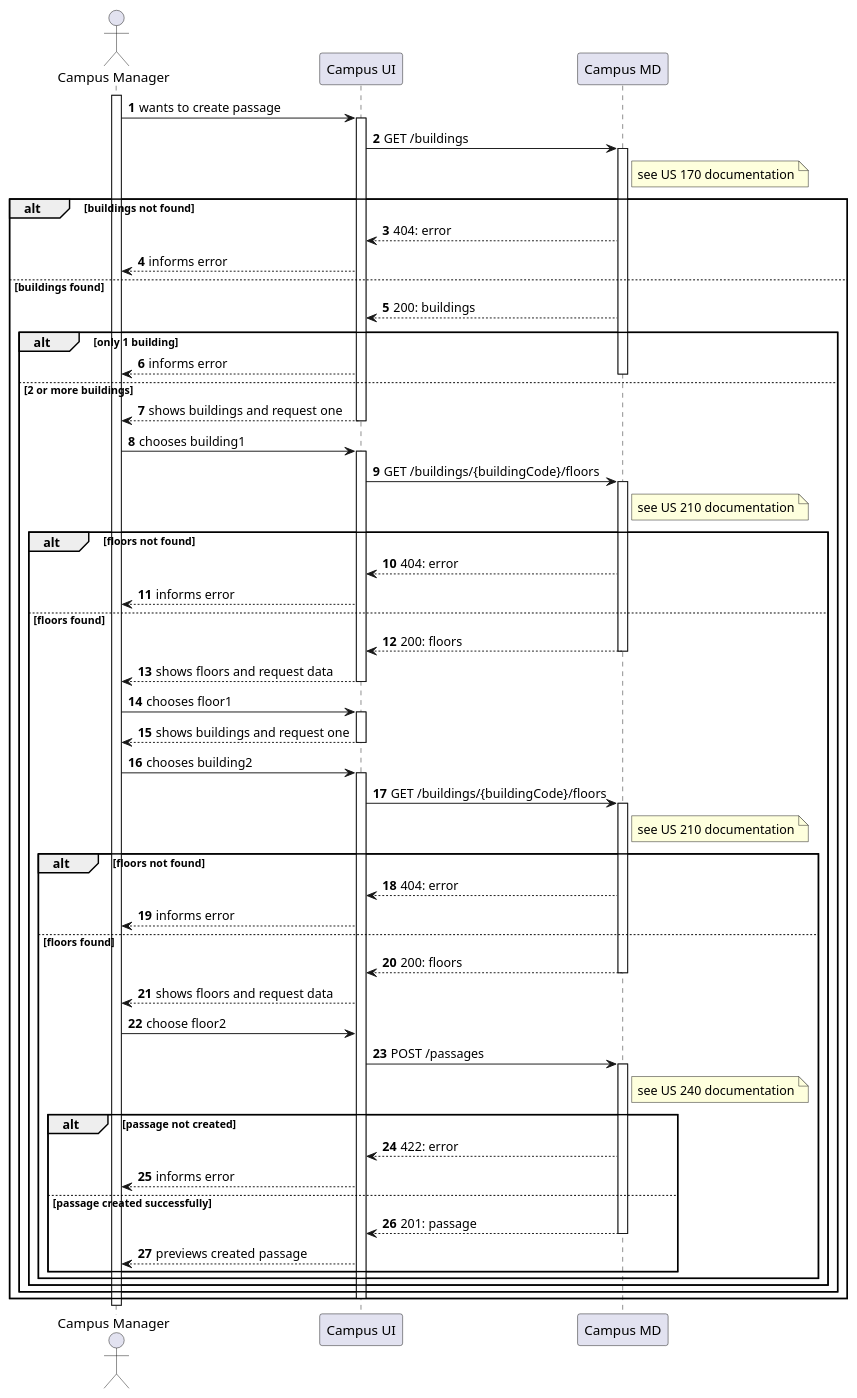
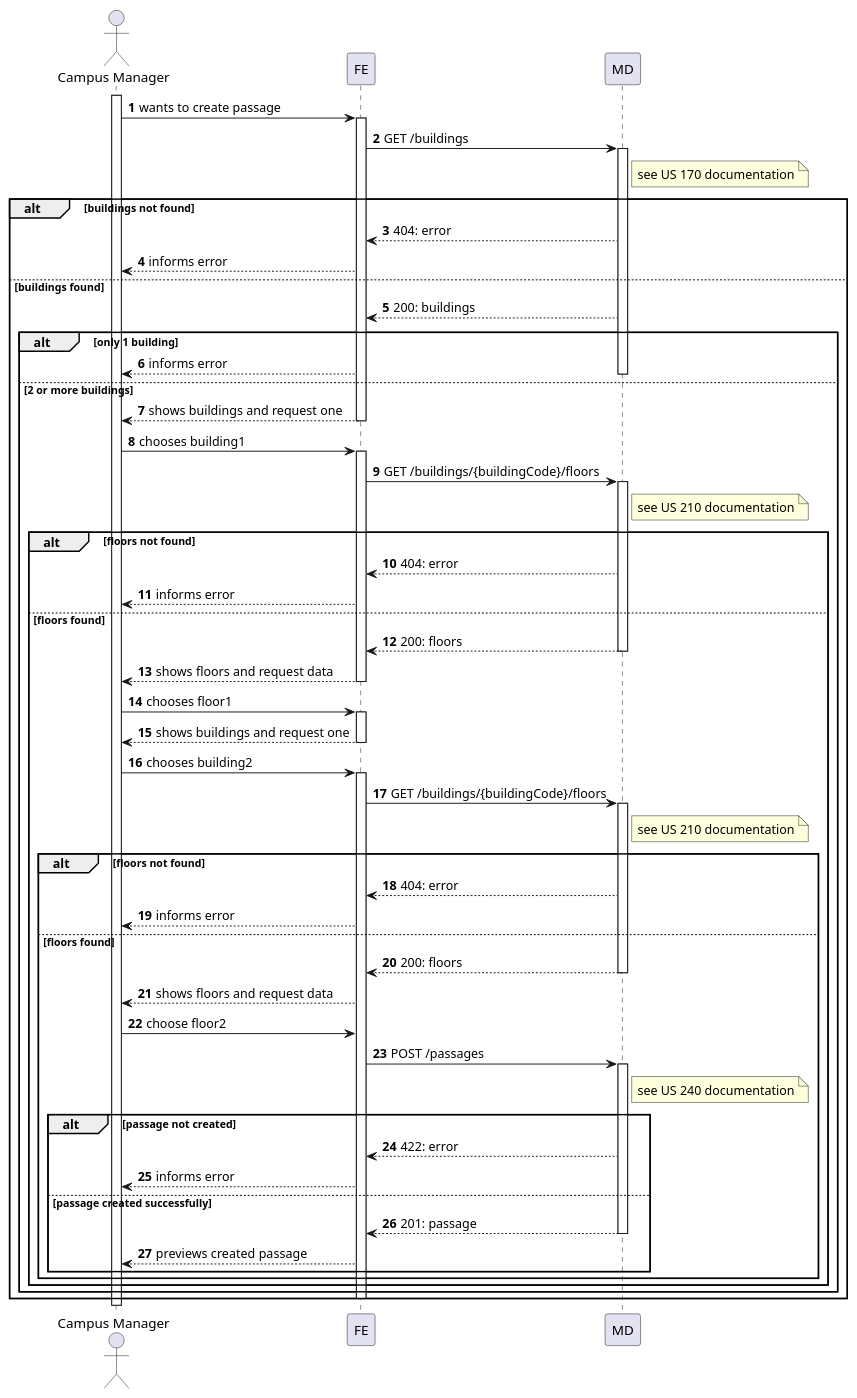
One commit to Departamento-de-Engenharia-Informatica/lapr5-23-24-g19 changed the diagram in docs/us1170/level2/process-view.puml. Above: the diagram before and after it, drawn with PlantUML. The commit also changed 17 other files, not shown here.

```diff
--- a/docs/us1170/level2/process-view.puml
+++ b/docs/us1170/level2/process-view.puml
@@ -1,85 +1,85 @@
 @startuml
 autonumber
 
 actor "Campus Manager" as usr
 
-participant "Campus UI" as ui
-participant "Campus MD" as md
+participant "FE" as ui
+participant "MD" as md
 
 activate usr
     usr -> ui : wants to create passage
     activate ui
         ui -> md : GET /buildings
         activate md
             note right of md : see US 170 documentation
 
         alt buildings not found
             md --> ui: 404: error
             ui --> usr: informs error
         else buildings found
             md --> ui : 200: buildings
             alt only 1 building
                 ui --> usr: informs error
                 else 2 or more buildings
             deactivate md
 
         ui --> usr : shows buildings and request one
     deactivate ui
 
     usr -> ui : chooses building1
     activate ui
         ui -> md : GET /buildings/{buildingCode}/floors
         activate md
             note right of md : see US 210 documentation
 
             alt floors not found
                 md --> ui: 404: error
                 ui --> usr: informs error
             else floors found
                 md --> ui : 200: floors
                 deactivate md
 
         ui --> usr : shows floors and request data
     deactivate ui
 
-    usr -> ui: chooses floor1 
+    usr -> ui: chooses floor1
         activate ui
         ui --> usr : shows buildings and request one
         deactivate ui
     usr -> ui : chooses building2
     activate ui
         ui -> md : GET /buildings/{buildingCode}/floors
         activate md
             note right of md : see US 210 documentation
 
             alt floors not found
                 md --> ui: 404: error
                 ui --> usr: informs error
             else floors found
                 md --> ui : 200: floors
                 deactivate md
 
         ui --> usr : shows floors and request data
 
     usr -> ui: choose floor2
     ui -> md : POST /passages
         activate md
             note right of md : see US 240 documentation
 
             alt passage not created
                 md --> ui: 422: error
                 ui --> usr: informs error
             else passage created successfully
                 md --> ui : 201: passage
                 deactivate md
         ui --> usr : previews created passage
 
                 end
             end
         end
         end
-    deactivate ui 
+    deactivate ui
     end
 deactivate usr
 
 @enduml
```
